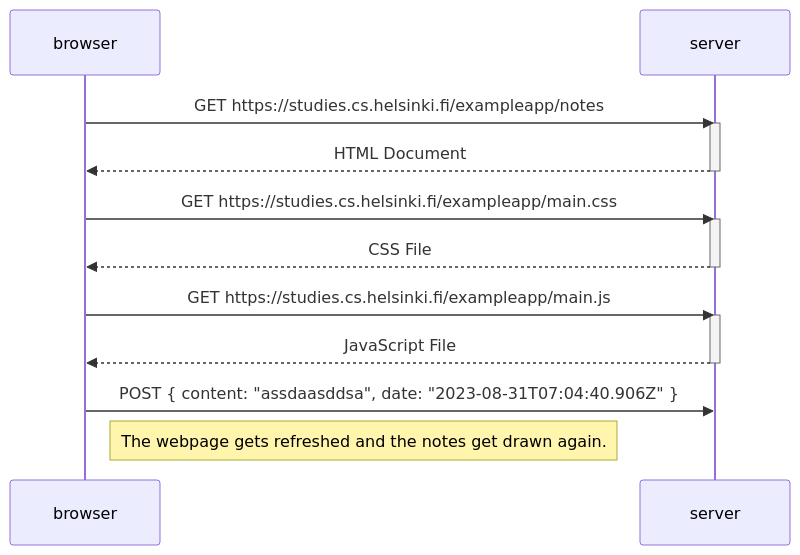
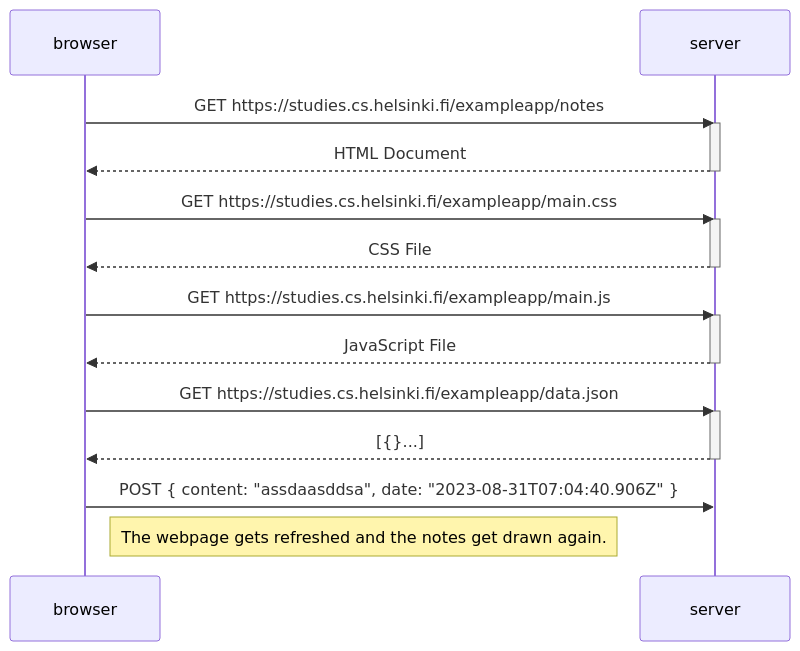
Before and after one commit to valtteriper/FullstackOpen: the diagram in part_0.4.md, drawn with Mermaid.

````diff
--- a/part_0.4.md
+++ b/part_0.4.md
@@ -1,25 +1,30 @@
 ```mermaid
 sequenceDiagram
     participant browser
     participant server
     
     browser->>server: GET https://studies.cs.helsinki.fi/exampleapp/notes
     activate server
     server-->>browser: HTML Document
     deactivate server
 
     browser->>server: GET https://studies.cs.helsinki.fi/exampleapp/main.css
     activate server
     server-->>browser: CSS File
     deactivate server
 
     browser->>server: GET https://studies.cs.helsinki.fi/exampleapp/main.js
     activate server
     server-->>browser: JavaScript File
     deactivate server
 
+    browser->>server: GET https://studies.cs.helsinki.fi/exampleapp/data.json
+    activate server
+    server-->>browser: [{}...]
+    deactivate server
+
     browser->>server: POST { content: "assdaasddsa", date: "2023-08-31T07:04:40.906Z" }
 
 Note right of browser: The webpage gets refreshed and the notes get drawn again.
 
 ```
````
